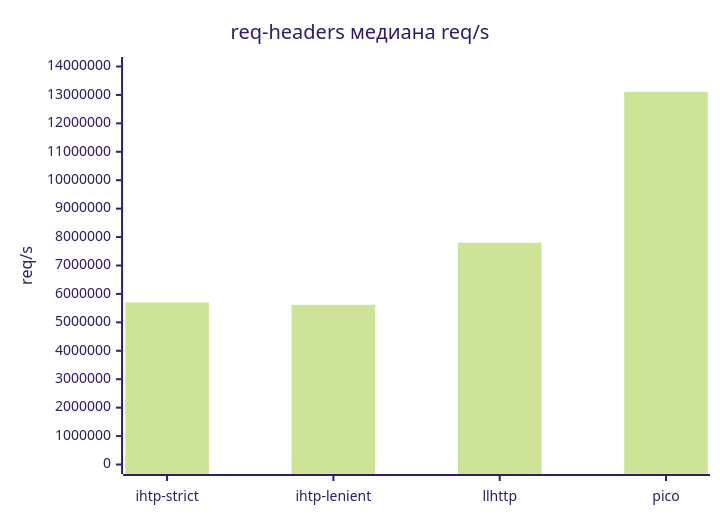
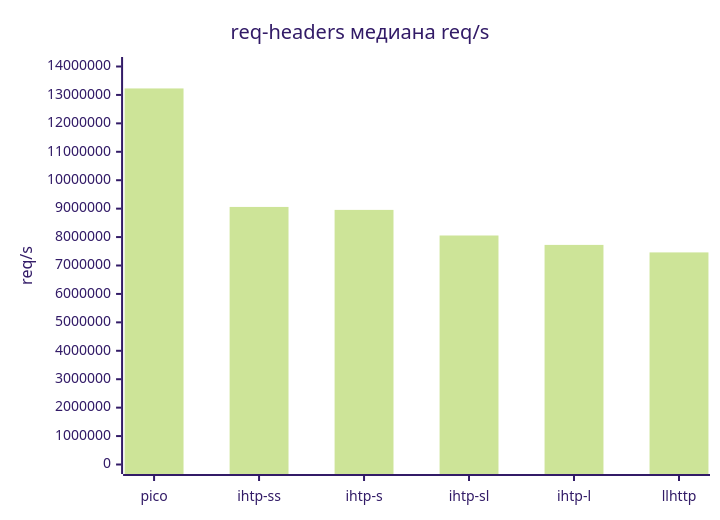
One commit to ioplane/iohttpparser changed the second of 6 diagrams in docs/ru/09-test-results.md. Above: the diagram before and after it, drawn with Mermaid (forest theme). The commit also changed other lines of this file and 24 other files, not shown here.

````diff
--- a/docs/ru/09-test-results.md
+++ b/docs/ru/09-test-results.md
@@ -140,7 +132,7 @@
 ```mermaid
 xychart-beta
     title "req-headers медиана req/s"
-    x-axis ["ihtp-strict", "ihtp-lenient", "llhttp", "pico"]
+    x-axis ["pico", "ihtp-ss", "ihtp-s", "ihtp-sl", "ihtp-l", "llhttp"]
     y-axis "req/s" 0 --> 14000000
-    bar [5703031.35, 5615055.18, 7799817.98, 13106707.01]
+    bar [13228205.26, 9060302.98, 8956119.89, 8055212.03, 7724660.95, 7460704.47]
 ```
````
